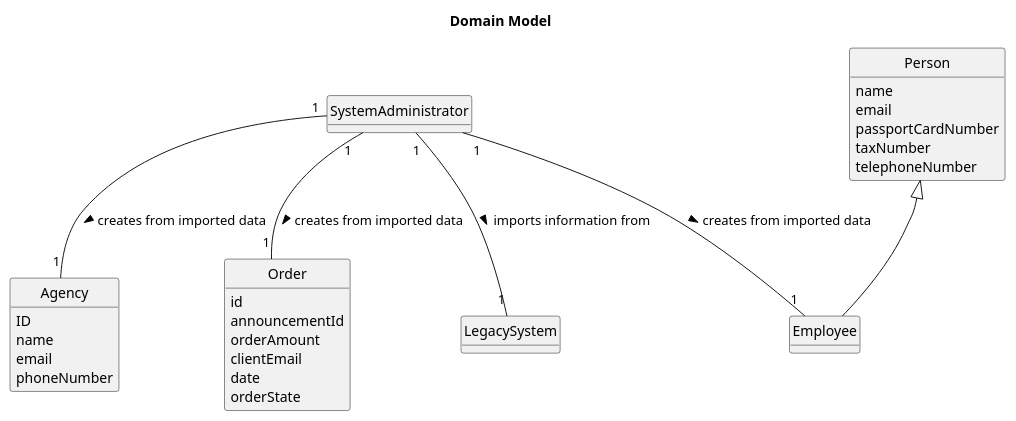
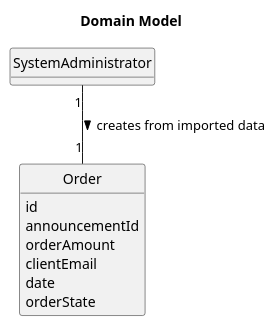
Before and after one commit to Goncalves2525/real-estate-management-system: the diagram in docs/sprintC/us012/02.analysis/puml/us012-domain-model.puml, drawn with PlantUML. The commit also changed 26 other files, not shown here.

Commit message:
SD & SSD [US012] Changed telephone number from int to long, to avoid int overflows Changes to ImportController methods

```diff
--- a/docs/sprintC/us012/02.analysis/puml/us012-domain-model.puml
+++ b/docs/sprintC/us012/02.analysis/puml/us012-domain-model.puml
@@ -1,53 +1,25 @@
 @startuml
 skinparam monochrome true
 skinparam packageStyle rectangle
 skinparam shadowing false
 
 'left to right direction
 
 skinparam classAttributeIconSize 0
 
 hide circle
 hide methods
 
 title Domain Model
 
-class Agency{
-ID
-name
-email
-phoneNumber
-}
-
 class Order{
     id
     announcementId
     orderAmount
     clientEmail
     date
     orderState
 }
-
-class LegacySystem{
-}
-
-class SystemAdministrator{
-}
-
-class Employee extends Person{
-}
-
-class Person{
-        name
-        email
-        passportCardNumber
-        taxNumber
-        telephoneNumber
-}
-
-SystemAdministrator "1" -- "1" LegacySystem : imports information from >
-SystemAdministrator "1" -- "1" Employee : creates from imported data >
-SystemAdministrator "1" -- "1" Agency : creates from imported data >
 SystemAdministrator "1" -- "1" Order : creates from imported data >
 
 @enduml
```
